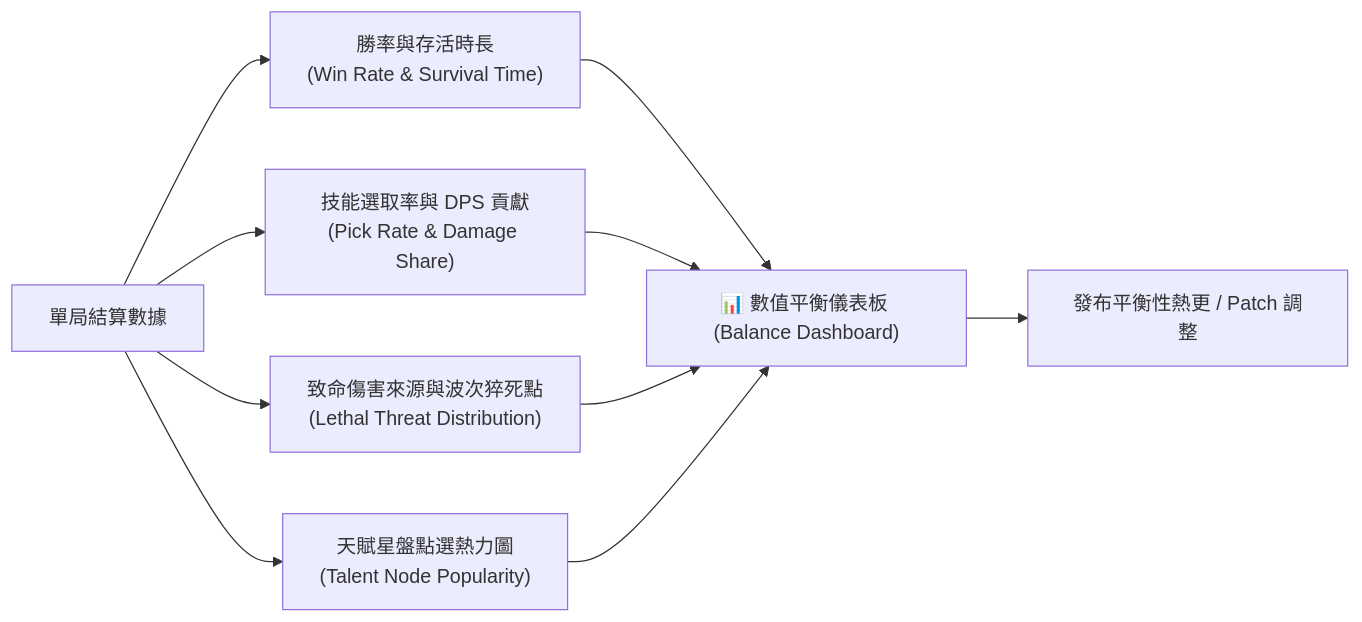
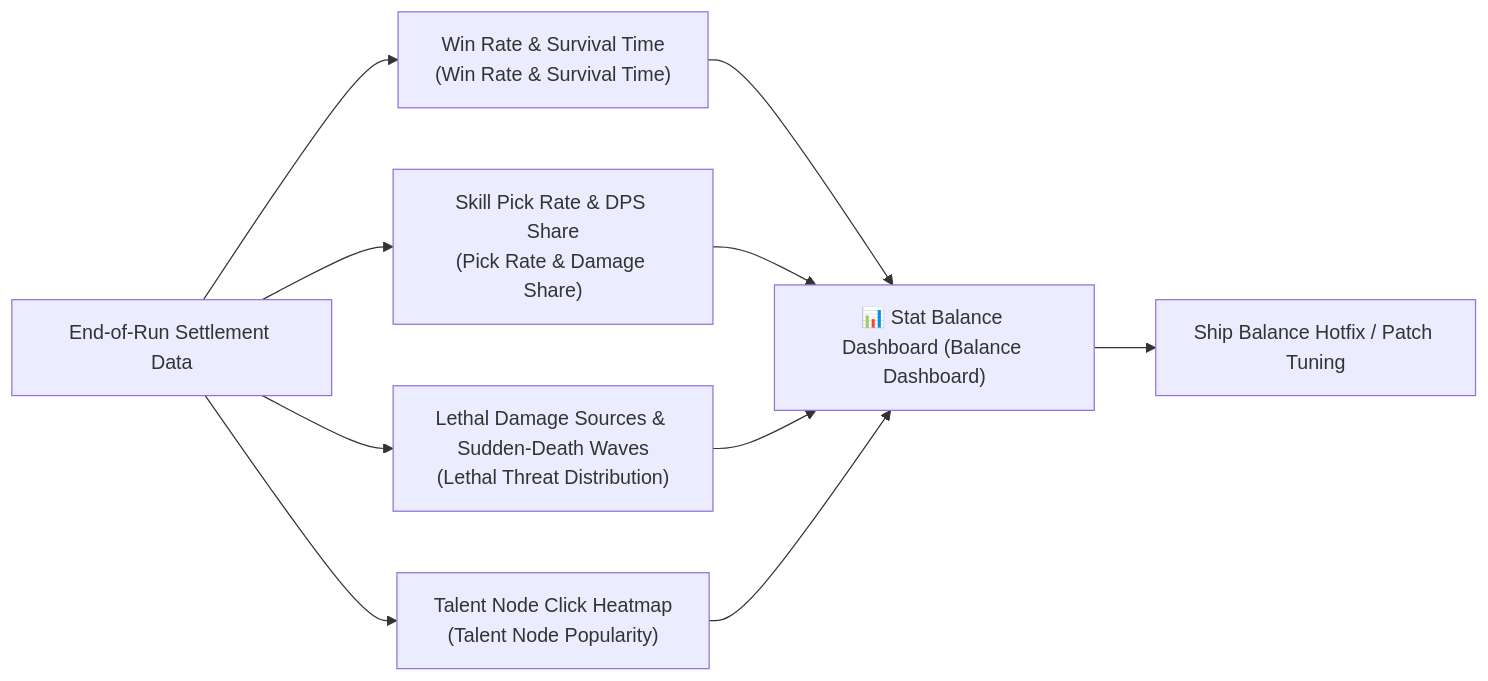
One commit to skyrocket-qy/Phagocyte changed the second of 2 diagrams in docs/feedback.md. Above: the diagram before and after it, drawn with Mermaid. The commit also changed other lines of this file and 17 other files, not shown here.

````diff
--- a/docs/feedback.md
+++ b/docs/feedback.md
@@ -155,9 +155,9 @@
 ```mermaid
 graph LR
-    A["單局結算數據"] --> B["勝率與存活時長<br>(Win Rate & Survival Time)"]
-    A --> C["技能選取率與 DPS 貢獻<br>(Pick Rate & Damage Share)"]
-    A --> D["致命傷害來源與波次猝死點<br>(Lethal Threat Distribution)"]
-    A --> E["天賦星盤點選熱力圖<br>(Talent Node Popularity)"]
-    B & C & D & E --> F["📊 數值平衡儀表板 (Balance Dashboard)"]
-    F --> G["發布平衡性熱更 / Patch 調整"]
+    A["End-of-Run Settlement Data"] --> B["Win Rate & Survival Time<br>(Win Rate & Survival Time)"]
+    A --> C["Skill Pick Rate & DPS Share<br>(Pick Rate & Damage Share)"]
+    A --> D["Lethal Damage Sources & Sudden-Death Waves<br>(Lethal Threat Distribution)"]
+    A --> E["Talent Node Click Heatmap<br>(Talent Node Popularity)"]
+    B & C & D & E --> F["📊 Stat Balance Dashboard (Balance Dashboard)"]
+    F --> G["Ship Balance Hotfix / Patch Tuning"]
 ```
````
